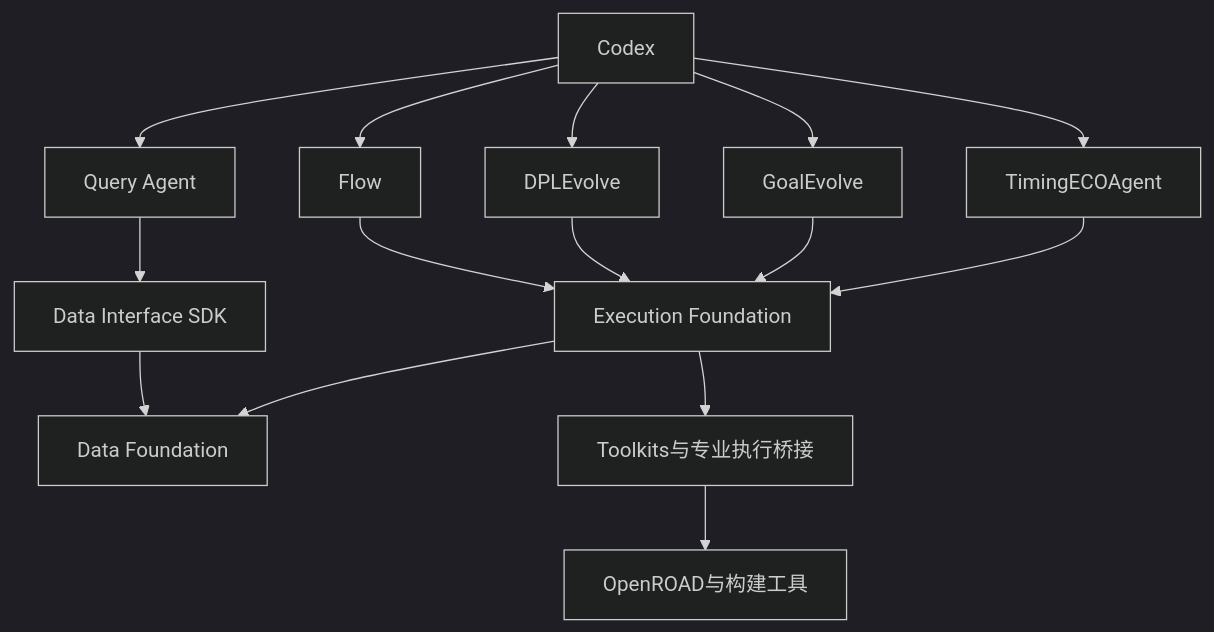
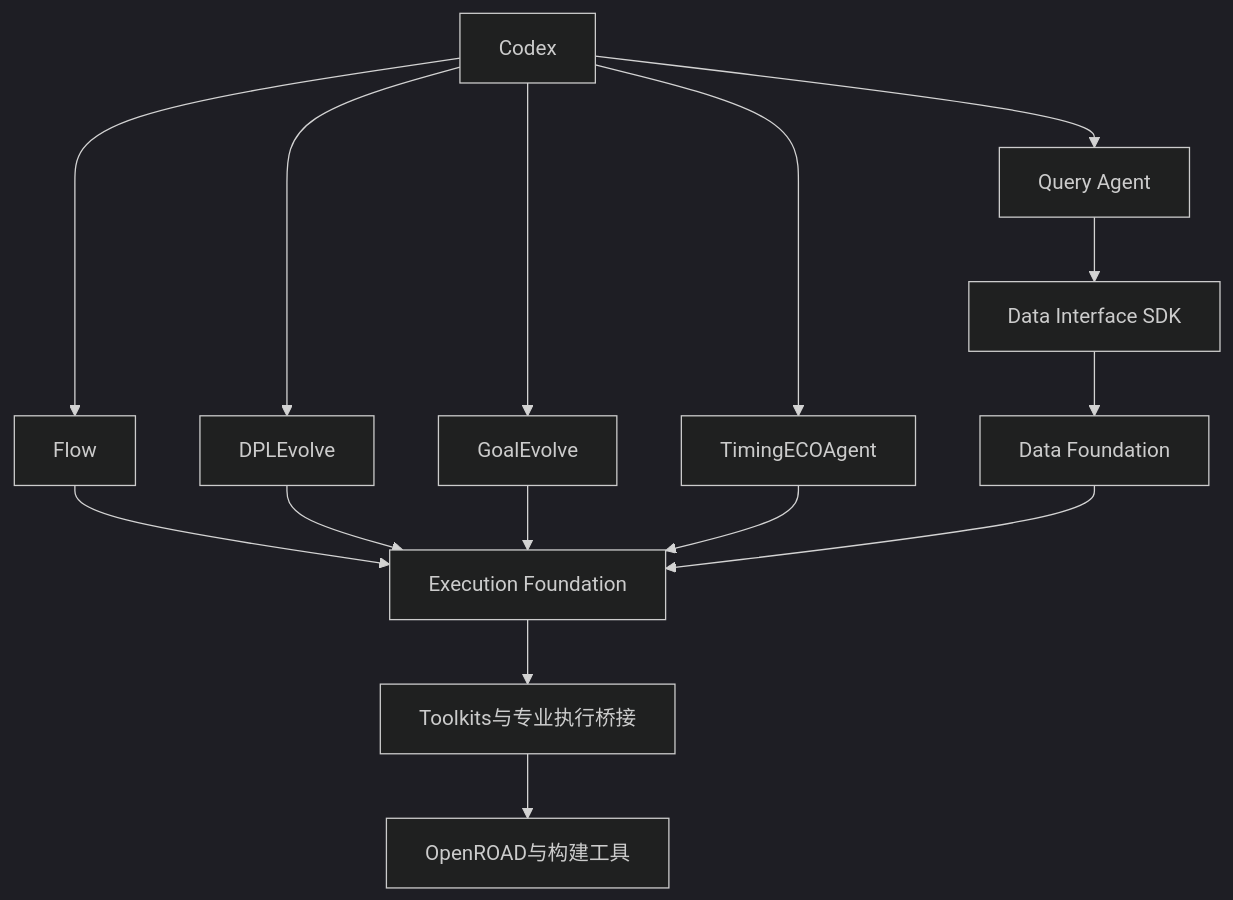
Before and after one commit to CODA-Team/ChipEvolve: the first of 4 diagrams in admin/OVERNIGHT_GCD_INTERFACES_20261014.md, drawn with Mermaid (dark theme). The commit also changed other lines of this file and 7 other files, not shown here.

````diff
--- a/admin/OVERNIGHT_GCD_INTERFACES_20261014.md
+++ b/admin/OVERNIGHT_GCD_INTERFACES_20261014.md
@@ -21,14 +21,14 @@
 ```mermaid
 flowchart TD
     C[Codex] --> Q[Query Agent]
     Q --> DI[Data Interface SDK]
     DI --> DF[Data Foundation]
     C --> F[Flow]
     C --> D[DPLEvolve]
     C --> G[GoalEvolve]
     C --> E[TimingECOAgent]
     F & D & G & E --> EF[Execution Foundation]
     EF --> T[Toolkits与专业执行桥接]
     T --> O[OpenROAD与构建工具]
-    EF --> DF
+    DF --> EF
 ```
````
